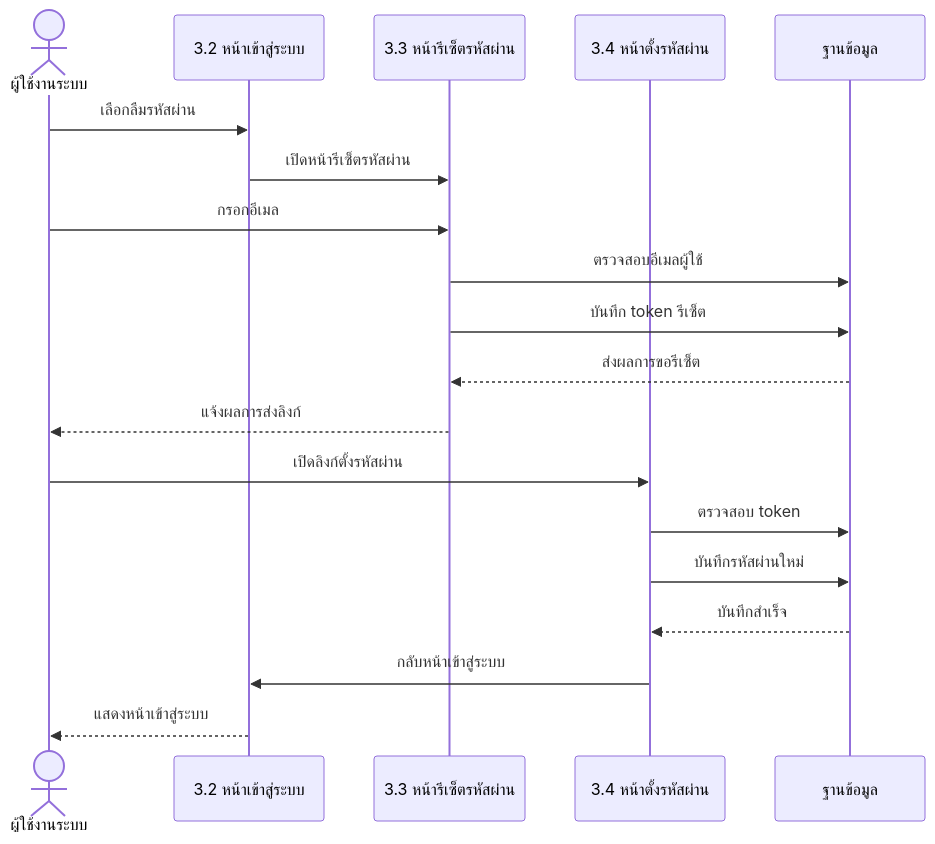
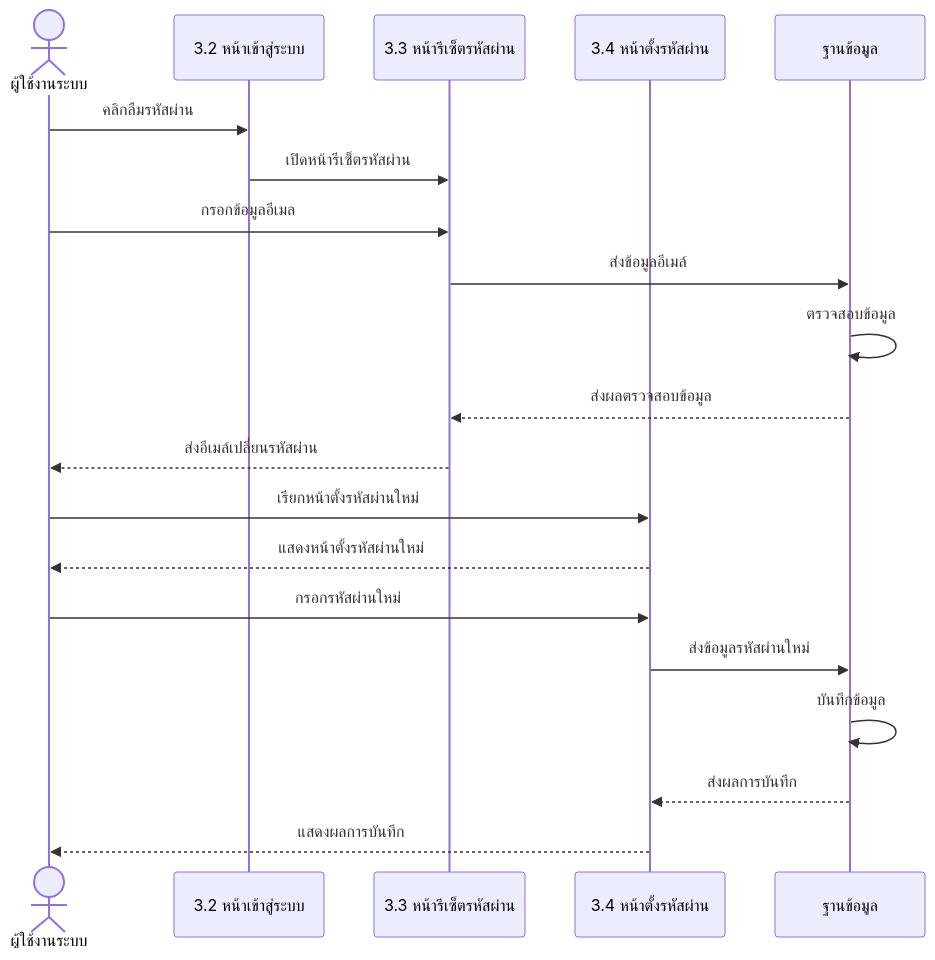
One commit to nonkanisorn/helpdesk-systemv2 changed the third of 20 diagrams in sequence-diagrams.md. Above: the diagram before and after it, drawn with Mermaid. The commit also changed other lines of this file and 132 other files, not shown here.

````diff
--- a/sequence-diagrams.md
+++ b/sequence-diagrams.md
@@ -42,21 +43,22 @@
 ```mermaid
 sequenceDiagram
     actor Aactor as ผู้ใช้งานระบบ
     participant Login as 3.2 หน้าเข้าสู่ระบบ
     participant Reset as 3.3 หน้ารีเซ็ตรหัสผ่าน
     participant SetPass as 3.4 หน้าตั้งรหัสผ่าน
     participant DB as ฐานข้อมูล
-    Aactor->>Login: เลือกลืมรหัสผ่าน
+    Aactor->>Login: คลิกลืมรหัสผ่าน
     Login->>Reset: เปิดหน้ารีเซ็ตรหัสผ่าน
-    Aactor->>Reset: กรอกอีเมล
-    Reset->>DB: ตรวจสอบอีเมลผู้ใช้
-    Reset->>DB: บันทึก token รีเซ็ต
-    DB-->>Reset: ส่งผลการขอรีเซ็ต
-    Reset-->>Aactor: แจ้งผลการส่งลิงก์
-    Aactor->>SetPass: เปิดลิงก์ตั้งรหัสผ่าน
-    SetPass->>DB: ตรวจสอบ token
-    SetPass->>DB: บันทึกรหัสผ่านใหม่
-    DB-->>SetPass: บันทึกสำเร็จ
-    SetPass->>Login: กลับหน้าเข้าสู่ระบบ
-    Login-->>Aactor: แสดงหน้าเข้าสู่ระบบ
+    Aactor->>Reset: กรอกข้อมูลอีเมล
+    Reset->>DB: ส่งข้อมูลอีเมล์
+DB->>DB:ตรวจสอบข้อมูล
+DB-->>Reset:ส่งผลตรวจสอบข้อมูล
+Reset-->>Aactor:ส่งอีเมล์เปลี่ยนรหัสผ่าน
+Aactor->>SetPass:เรียกหน้าตั้งรหัสผ่านใหม่
+SetPass-->>Aactor:แสดงหน้าตั้งรหัสผ่านใหม่
+Aactor->>SetPass:กรอกรหัสผ่านใหม่
+    SetPass->>DB: ส่งข้อมูลรหัสผ่านใหม่
+DB->>DB:บันทึกข้อมูล
+    DB-->>SetPass: ส่งผลการบันทึก
+SetPass-->>Aactor:แสดงผลการบันทึก
 ```
````
